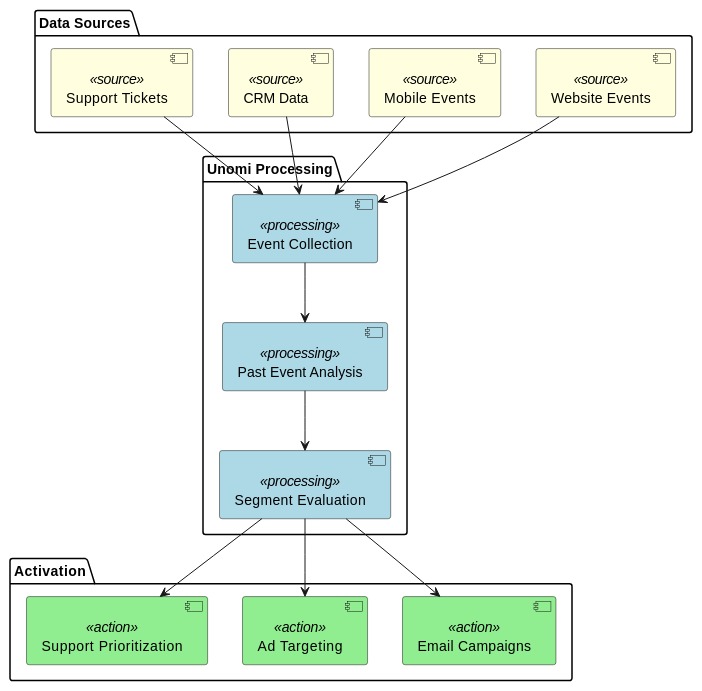
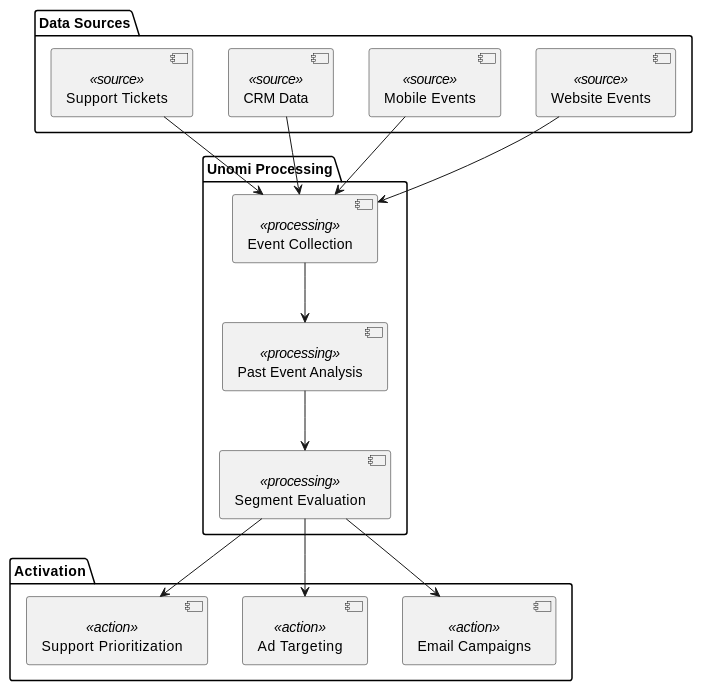
Before and after one commit to apache/unomi: the third of 10 diagrams in manual/src/main/asciidoc/past-event-conditions.adoc, drawn with PlantUML. The commit also changed other lines of this file and 16 other files, not shown here.

First line of the commit message:
docs: brand PlantUML diagrams with Unomi theme colors

```diff
--- a/manual/src/main/asciidoc/past-event-conditions.adoc
+++ b/manual/src/main/asciidoc/past-event-conditions.adoc
@@ -206,41 +200,36 @@
 [plantuml]
 ----
 @startuml
 skinparam componentStyle uml2
-skinparam component {
-  BackgroundColor<<source>> LightYellow
-  BackgroundColor<<processing>> LightBlue
-  BackgroundColor<<action>> LightGreen
-}
 
 package "Data Sources" {
   [Website Events] as web <<source>>
   [Mobile Events] as mobile <<source>>
   [CRM Data] as crm <<source>>
   [Support Tickets] as support <<source>>
 }
 
 package "Unomi Processing" {
   [Event Collection] as collect <<processing>>
   [Past Event Analysis] as analysis <<processing>>
   [Segment Evaluation] as segments <<processing>>
 }
 
 package "Activation" {
   [Email Campaigns] as email <<action>>
   [Ad Targeting] as ads <<action>>
   [Support Prioritization] as priority <<action>>
 }
 
 web --> collect
 mobile --> collect
 crm --> collect
 support --> collect
 
 collect --> analysis
 analysis --> segments
 segments --> email
 segments --> ads
 segments --> priority
 @enduml
 ----
```
